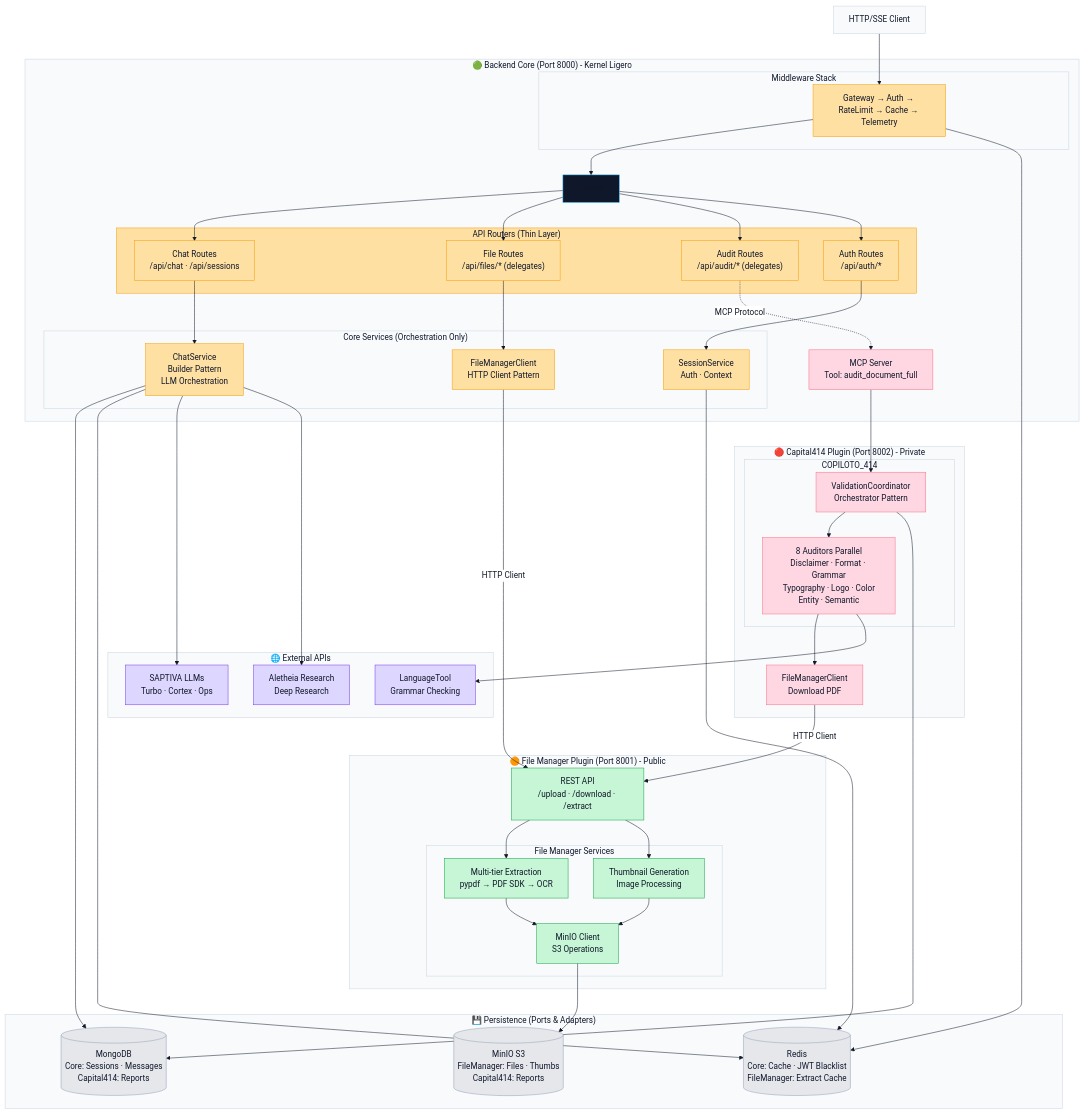
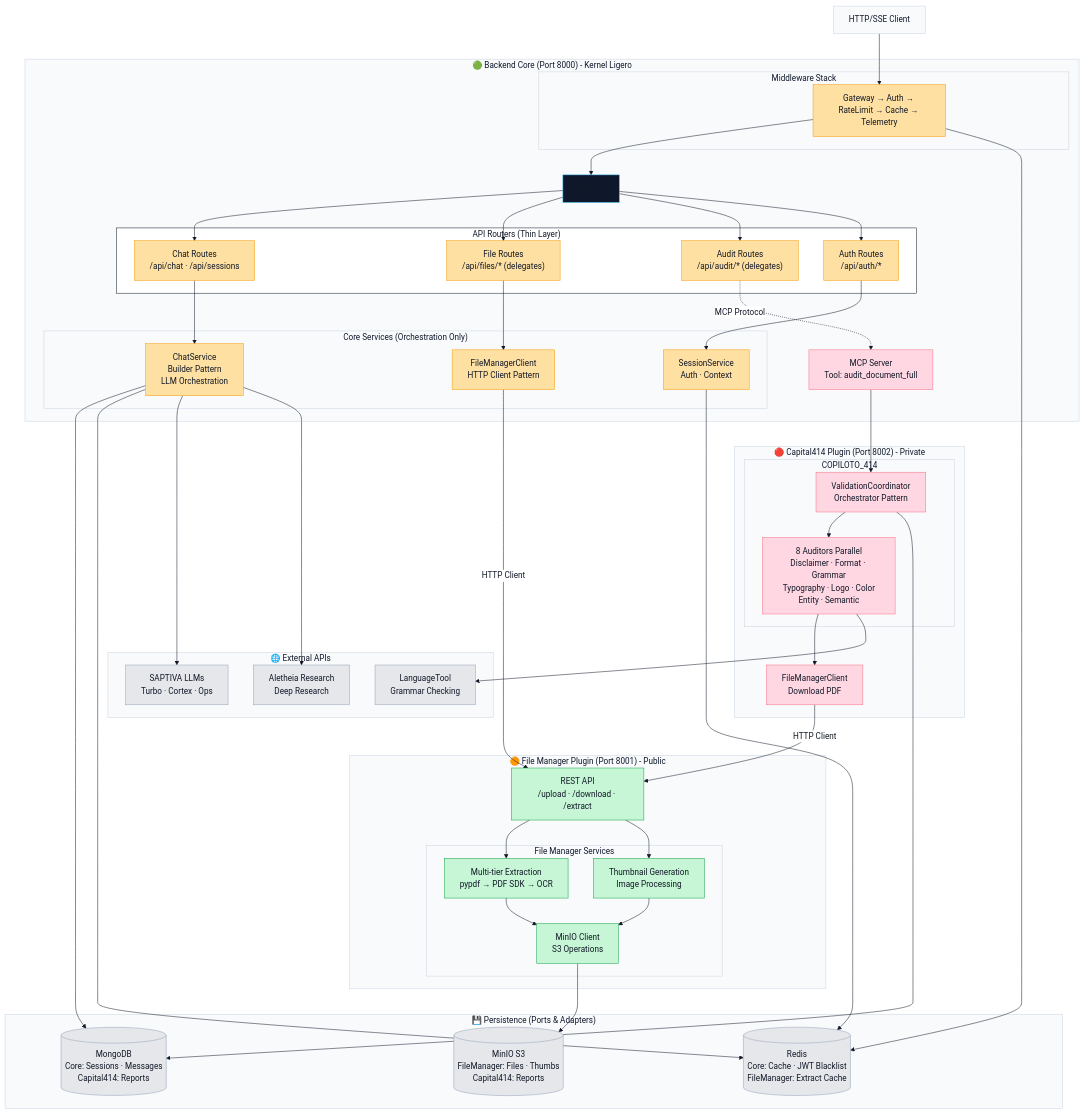
Before and after one commit to saptiva-ai/octavios-chat: the sixth of 11 diagrams in README.md, drawn with Mermaid.

Commit message:
docs: lighten routers subgraph

````diff
--- a/README.md
+++ b/README.md
@@ -970,11 +970,12 @@
     auditores --> languagetool
 
     class Routers routers;
-    classDef core fill:#ffe0a3,stroke:#f59e0b,color:#0f172a;
-    classDef plugin_public fill:#c6f6d5,stroke:#16a34a,color:#0f172a;
-    classDef plugin_private fill:#fed7e2,stroke:#fb7185,color:#0f172a;
-    classDef external fill:#ddd6fe,stroke:#7c3aed,color:#0f172a;
-    classDef infra fill:#e5e7eb,stroke:#94a3b8,color:#0f172a;
-    classDef gray fill:#f8fafc,stroke:#cbd5e1,color:#0f172a;
+    style Routers fill:#ffffff,stroke:#111827,color:#111827;
+    classDef core fill:#ffe0a3,stroke:#f59e0b,color:#111827;
+    classDef plugin_public fill:#c6f6d5,stroke:#16a34a,color:#111827;
+    classDef plugin_private fill:#fed7e2,stroke:#fb7185,color:#111827;
+    classDef external fill:#e5e7eb,stroke:#94a3b8,color:#111827;
+    classDef infra fill:#e5e7eb,stroke:#94a3b8,color:#111827;
+    classDef gray fill:#f8fafc,stroke:#cbd5e1,color:#111827;
     classDef routers fill:#ffe0a3,stroke:#f59e0b,color:#111827;
 ```
````
